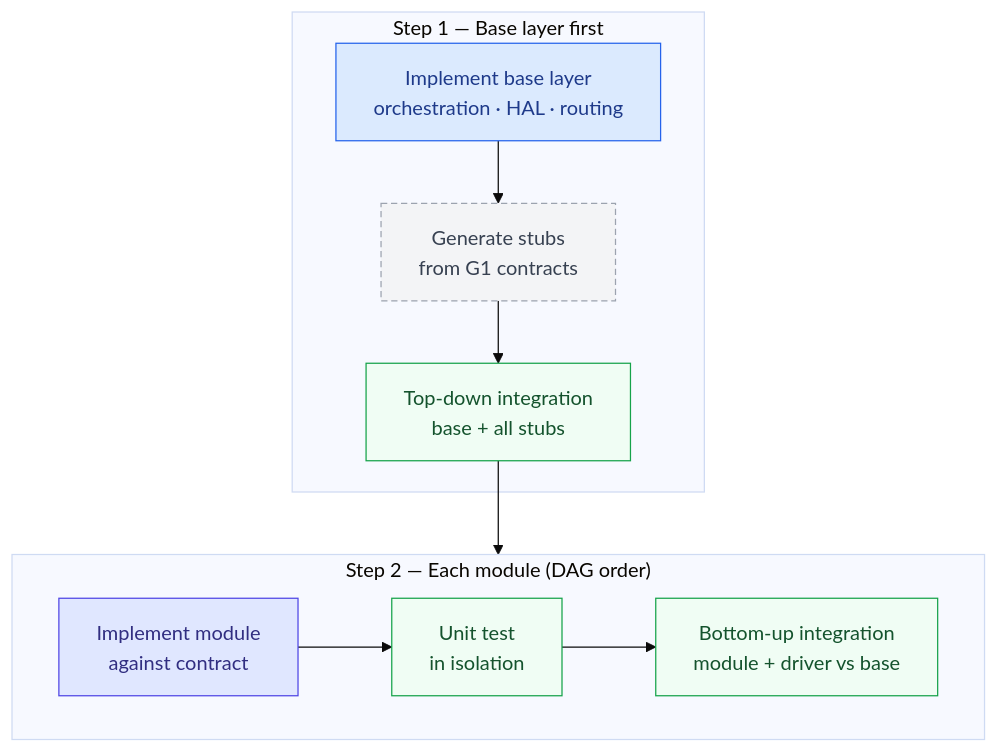
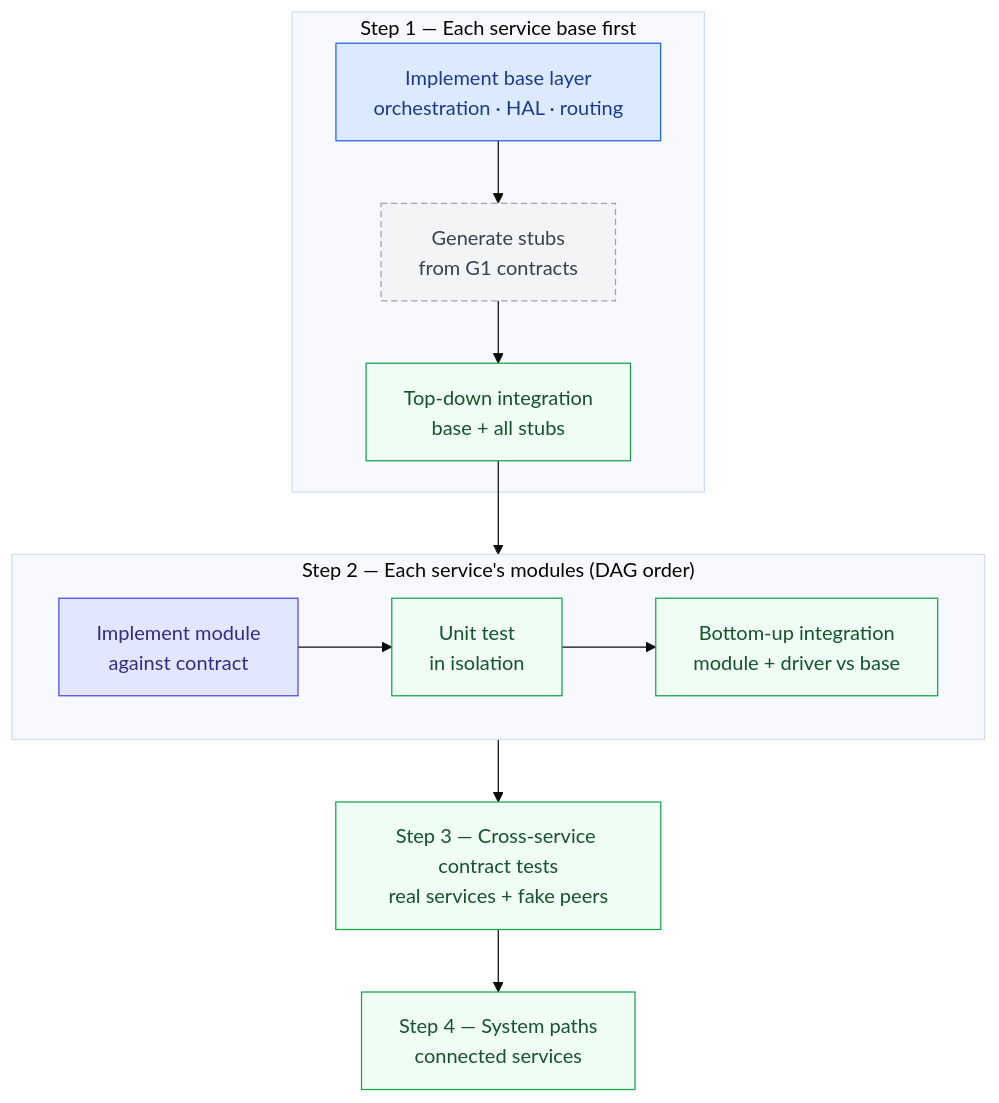
The eighth of 11 diagrams in methodology/V-SIL-v3/V-SIL_v3.md (dramirezbe/codeanvil-gcpds), drawn with Mermaid (base theme) before and after one commit. The commit also changed other lines of this file and 3 other files, not shown here.

First line of the commit message:
docs(v-sil-v3): model S1 as layered services system

````diff
--- a/methodology/V-SIL-v3/V-SIL_v3.md
+++ b/methodology/V-SIL-v3/V-SIL_v3.md
@@ -237,23 +268,25 @@
 ```mermaid
 flowchart TD
     classDef base fill:#dbeafe,stroke:#2563eb,color:#1e3a8a
     classDef mod fill:#e0e7ff,stroke:#4f46e5,color:#312e81
     classDef test fill:#f0fdf4,stroke:#16a34a,color:#14532d
     classDef stub fill:#f3f4f6,stroke:#9ca3af,color:#374151,stroke-dasharray:5 3
 
-    subgraph STEP1["Step 1 — Base layer first"]
+    subgraph STEP1["Step 1 — Each service base first"]
         B["Implement base layer<br/>orchestration · HAL · routing"]:::base
         STUBS["Generate stubs<br/>from G1 contracts"]:::stub
         TD["Top-down integration<br/>base + all stubs"]:::test
         B --> STUBS --> TD
     end
 
-    subgraph STEP2["Step 2 — Each module (DAG order)"]
+    subgraph STEP2["Step 2 — Each service's modules (DAG order)"]
         IMPL["Implement module<br/>against contract"]:::mod
         UT["Unit test<br/>in isolation"]:::test
         BU["Bottom-up integration<br/>module + driver vs base"]:::test
         IMPL --> UT --> BU
     end
 
     TD --> STEP2
+    STEP2 --> CONTRACT["Step 3 — Cross-service contract tests<br/>real services + fake peers"]:::test
+    CONTRACT --> SYSTEM["Step 4 — System paths<br/>connected services"]:::test
 ```
````
